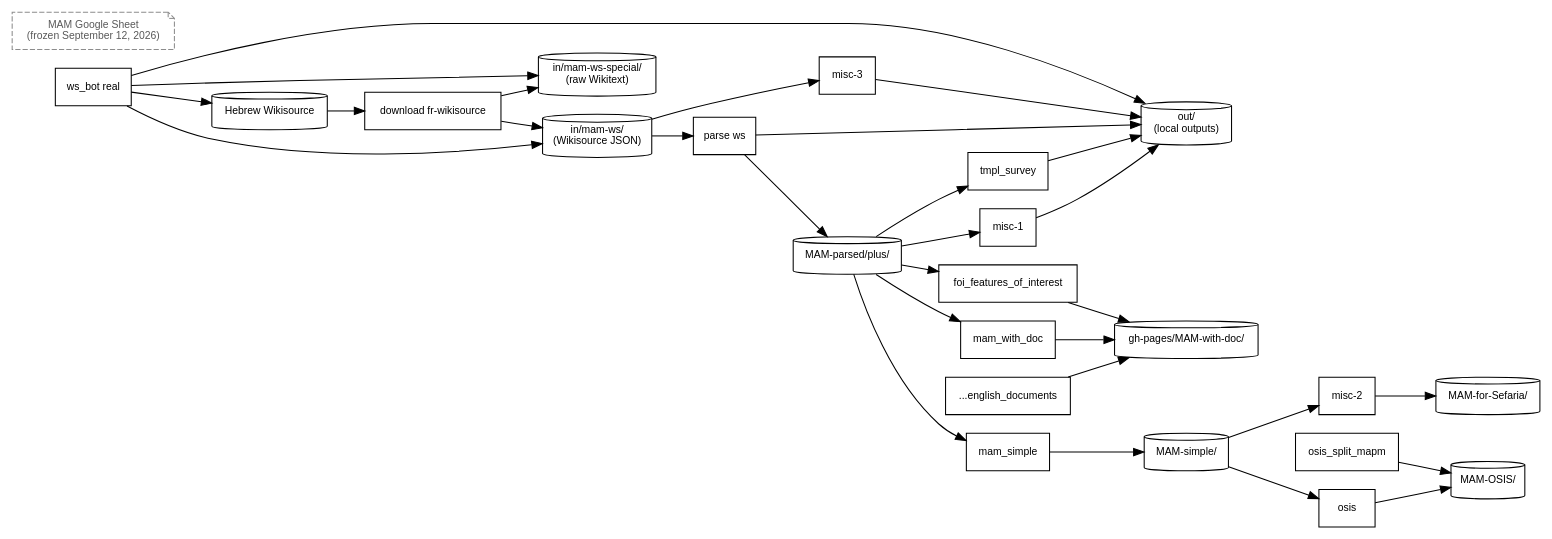
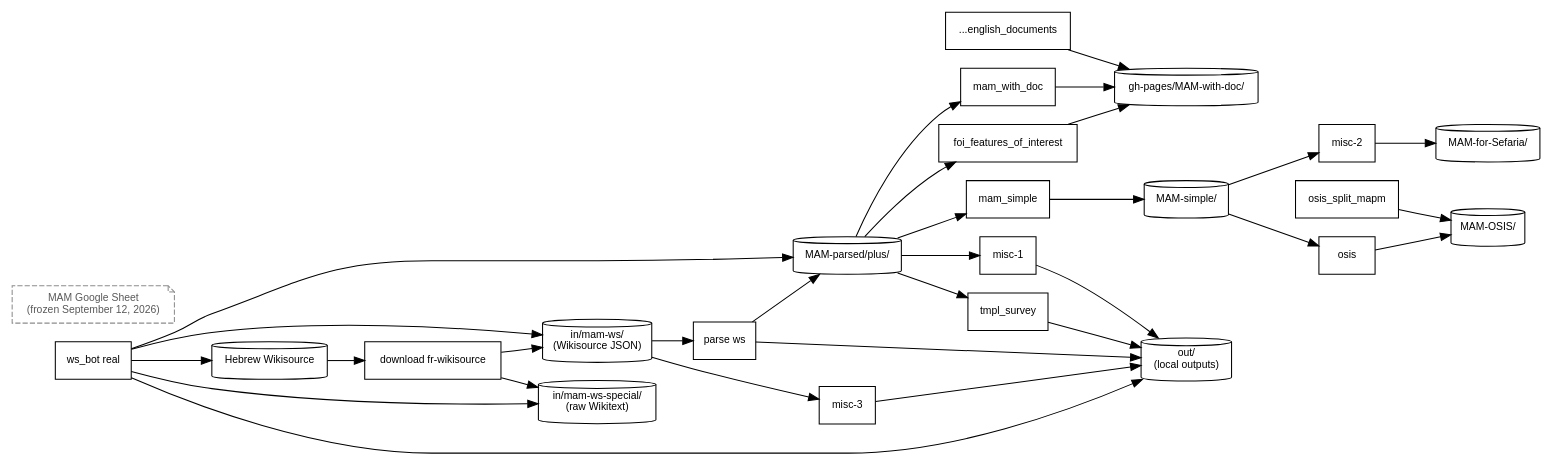
One commit to bdenckla/MAM-basics changed the diagram in doc/process-documentation/pipeline.dot. Above: the diagram before and after it, drawn with Graphviz. The commit also changed 2 other files, not shown here.

```diff
--- a/doc/process-documentation/pipeline.dot
+++ b/doc/process-documentation/pipeline.dot
@@ -1,82 +1,83 @@
 digraph mam_pipeline {
     // This file was generated by MAM-basics/py/main_pipeline_graph.py.
     // Do not edit by hand; edit py/pipeline_graph/pipeline_graph_spec.py instead.
     graph [comment="This file was generated by MAM-basics/py/main_pipeline_graph.py."];
     // Generated from structured pipeline data.
     rankdir=LR;
     node [fontname="Helvetica", fontsize=10];
     edge [fontname="Helvetica", fontsize=9];
 
     // ── Data stores ──
     node [shape=cylinder];
     ds_parsed_plus        [label="MAM-parsed/plus/"];
     ds_ws                 [label="in/mam-ws/\n(Wikisource JSON)"];
     ds_ws_special         [label="in/mam-ws-special/\n(raw Wikitext)"];
     src_ws_live           [label="Hebrew Wikisource"];
     archive_google_sheet  [label="MAM Google Sheet\n(frozen September 12, 2026)", shape="note", style=dashed, color="gray55", fontcolor="gray35"];
     ds_simple             [label="MAM-simple/"];
     ds_with_doc           [label="gh-pages/MAM-with-doc/"];
     ds_sefaria            [label="MAM-for-Sefaria/"];
     ds_osis               [label="MAM-OSIS/"];
     ds_out                [label="out/\n(local outputs)"];
 
     // ── External prerequisites (not part of _STEPS) ──
     node [shape=box, style=dashed, color=gray, fontcolor=gray];
     download_ws           [label="download fr-wikisource", style="", color="", fontcolor=""];
 
     // ── Pipeline steps ──
     node [shape=box, style="", color="", fontcolor=""];
     parse_ws              [label="parse ws"];
     foi                   [label="foi_features_of_interest"];
     mam_with_doc          [label="mam_with_doc"];
     tmpl_survey           [label="tmpl_survey"];
     mam_simple            [label="mam_simple"];
     misc_2                [label="misc-2"];
     osis                  [label="osis"];
     misc_1                [label="misc-1", tooltip="decnreub\nmultimark\nwordlist\nexplicit_xataf\ndiff ctr-vs-mam"];
     misc_3                [label="misc-3"];
     ws_bot                [label="ws_bot real"];
     gen_docs              [label="...english_documents"];
     osis_split            [label="osis_split_mapm"];
 
     // ── Edges ──
 
     // MAM-parsed consumers
     ds_parsed_plus       -> foi;
     ds_parsed_plus       -> mam_with_doc;
     ds_parsed_plus       -> mam_simple;
     ds_parsed_plus       -> misc_1;
     ds_parsed_plus       -> tmpl_survey;
 
     // MAM-with-doc outputs
     foi                  -> ds_with_doc;
     mam_with_doc         -> ds_with_doc;
     gen_docs             -> ds_with_doc;
 
     // MAM-simple pipeline
     mam_simple           -> ds_simple;
     ds_simple            -> misc_2;
     ds_simple            -> osis;
     misc_2               -> ds_sefaria;
     osis                 -> ds_osis;
     osis_split           -> ds_osis;
 
     // Local out/ outputs
     tmpl_survey          -> ds_out;
     misc_1               -> ds_out;
     parse_ws             -> ds_out;
     misc_3               -> ds_out;
 
     // Wikisource pipeline
     src_ws_live          -> download_ws;
     download_ws          -> ds_ws;
     download_ws          -> ds_ws_special;
     ds_ws                -> parse_ws;
     parse_ws             -> ds_parsed_plus;
     ds_ws                -> misc_3;
     ws_bot               -> src_ws_live;
     ws_bot               -> ds_ws;
     ws_bot               -> ds_ws_special;
     ws_bot               -> ds_out [tooltip="via automatic post-download reparse"];
+    ws_bot               -> ds_parsed_plus [tooltip="via automatic post-download reparse"];
 
 }
```
